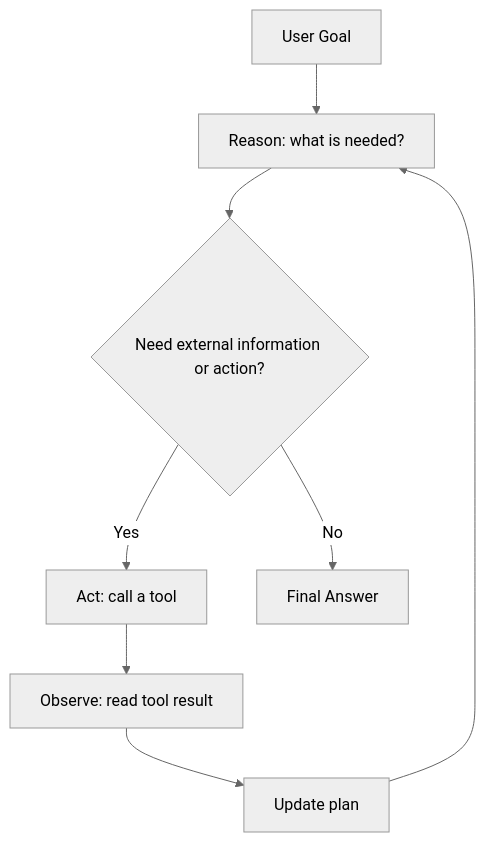
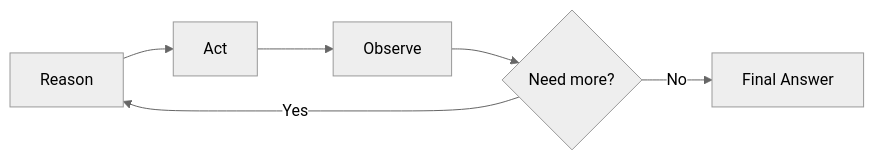
Before and after one commit to AceronX/ai-agent-roadmap: the diagram in docs/stages/04-agent-fundamentals/react-pattern/index.md, drawn with Mermaid (neutral theme). The commit also changed other lines of this file, not shown here.

Commit message:
refactor: Update ReAct Pattern

````diff
--- a/docs/stages/04-agent-fundamentals/react-pattern/index.md
+++ b/docs/stages/04-agent-fundamentals/react-pattern/index.md
@@ -94,10 +87,8 @@
 ```mermaid
-flowchart TD
-    A[User Goal] --> B[Reason: what is needed?]
-    B --> C{Need external information or action?}
-    C -->|Yes| D[Act: call a tool]
-    D --> E[Observe: read tool result]
-    E --> F[Update plan]
-    F --> B
-    C -->|No| G[Final Answer]
+flowchart LR
+    A[Reason] --> B[Act]
+    B --> C[Observe]
+    C --> D{Need more?}
+    D -->|Yes| A
+    D -->|No| E[Final Answer]
 ```
````
